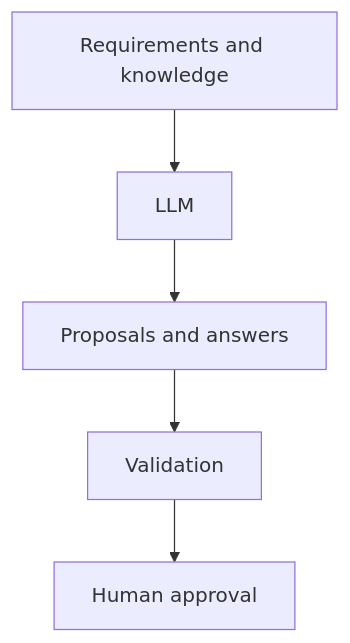
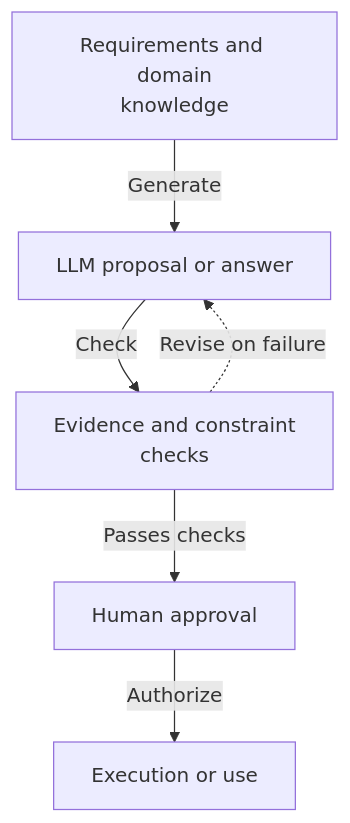
One commit to daylight55/research changed the fourth of 8 diagrams in articles/report/ontology-concept/en/index.mdx. Above: the diagram before and after it, drawn with Mermaid. The commit also changed other lines of this file and 181 other files, not shown here.

First line of the commit message:
全記事の図解368点を再生成し、共通注意書きを削除 (#402)

````diff
--- a/articles/report/ontology-concept/en/index.mdx
+++ b/articles/report/ontology-concept/en/index.mdx
@@ -186,7 +180,15 @@
 ```mermaid
 flowchart TD
-  Ctx["Requirements and knowledge"] --> LLM["LLM"]
-  LLM --> Draft["Proposals and answers"]
-  Draft --> Val["Validation"]
-  Val --> Human["Human approval"]
+  accTitle: Validate and approve an LLM proposal
+  accDescr: Validate a proposal against constraints and evidence before a human approves execution.
+  N0["Requirements and domain<br/>knowledge"]
+  N1["LLM proposal or answer"]
+  N2["Evidence and constraint<br/>checks"]
+  N3["Human approval"]
+  N4["Execution or use"]
+  N0 -->|Generate| N1
+  N1 -->|Check| N2
+  N2 -->|Passes checks| N3
+  N3 -->|Authorize| N4
+  N2 -.->|Revise on failure| N1
 ```
````
